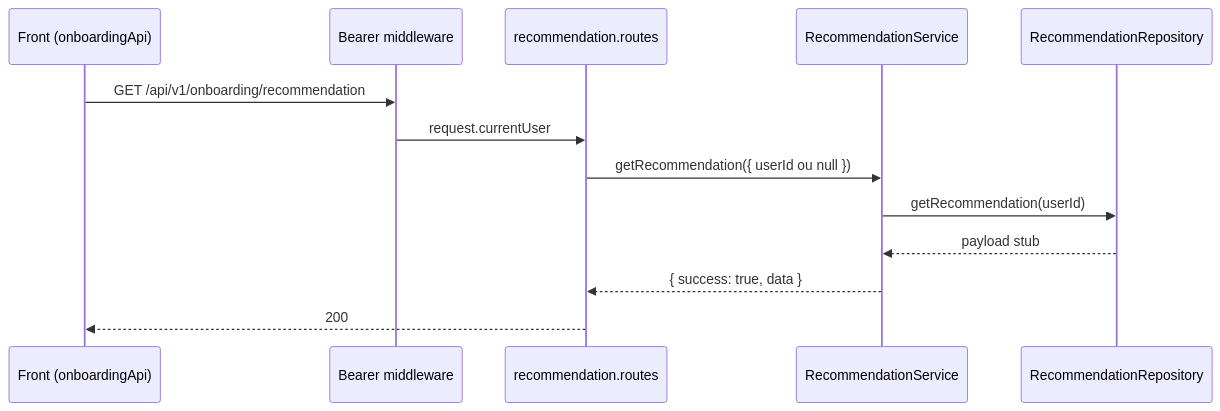
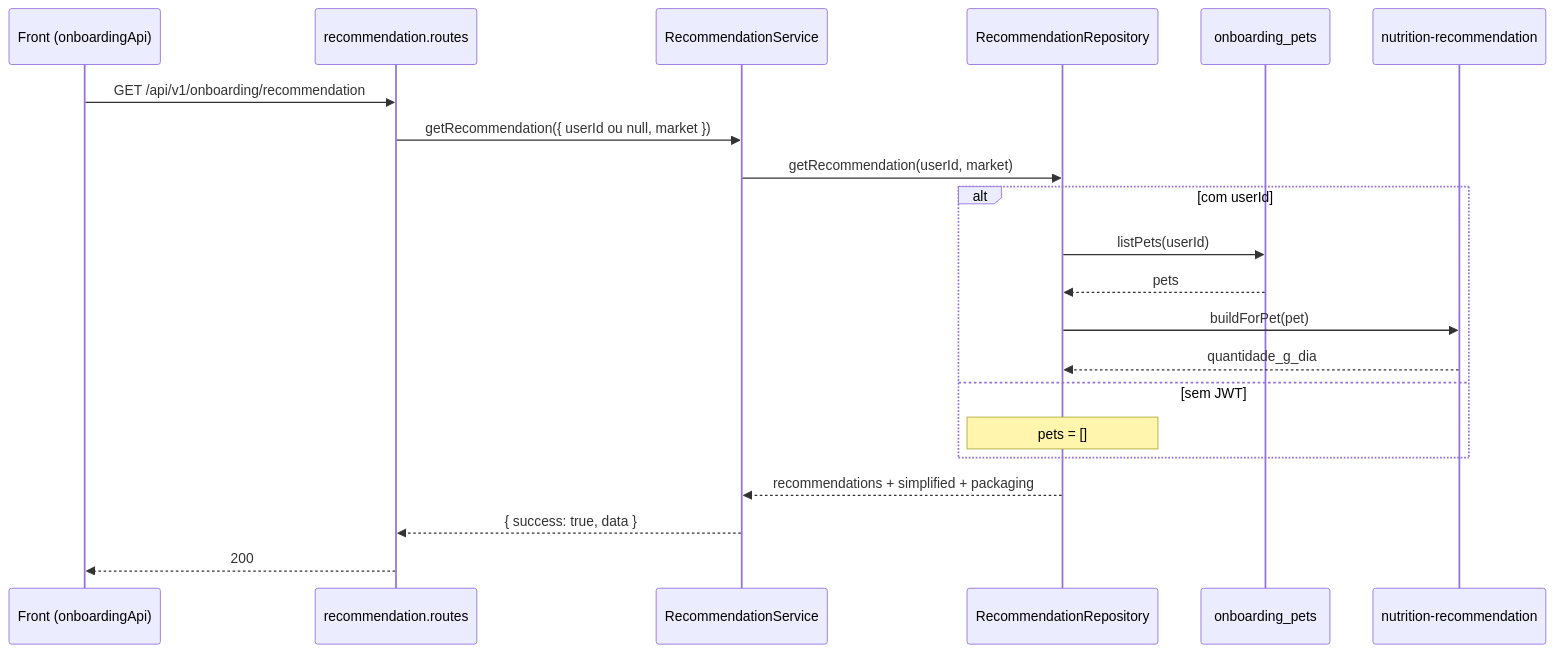
The diagram in docs-new/Plan/ROTA_ONBOARDING_RECOMMENDATION.md (charles-mendes/eden-bowls-backend), drawn with Mermaid before and after one commit. The commit also changed other lines of this file and 21 other files, not shown here.

````diff
--- a/docs-new/Plan/ROTA_ONBOARDING_RECOMMENDATION.md
+++ b/docs-new/Plan/ROTA_ONBOARDING_RECOMMENDATION.md
@@ -78,16 +88,24 @@
 ```mermaid
 sequenceDiagram
   participant FE as Front (onboardingApi)
-  participant MW as Bearer middleware
   participant RT as recommendation.routes
   participant SV as RecommendationService
   participant RP as RecommendationRepository
+  participant Pets as onboarding_pets
+  participant NUT as nutrition-recommendation
 
-  FE->>MW: GET /api/v1/onboarding/recommendation
-  MW->>RT: request.currentUser
-  RT->>SV: getRecommendation({ userId ou null })
-  SV->>RP: getRecommendation(userId)
-  RP-->>SV: payload stub
+  FE->>RT: GET /api/v1/onboarding/recommendation
+  RT->>SV: getRecommendation({ userId ou null, market })
+  SV->>RP: getRecommendation(userId, market)
+  alt com userId
+    RP->>Pets: listPets(userId)
+    Pets-->>RP: pets
+    RP->>NUT: buildForPet(pet)
+    NUT-->>RP: quantidade_g_dia
+  else sem JWT
+    Note over RP: pets = []
+  end
+  RP-->>SV: recommendations + simplified + packaging
   SV-->>RT: { success: true, data }
   RT-->>FE: 200
 ```
````
